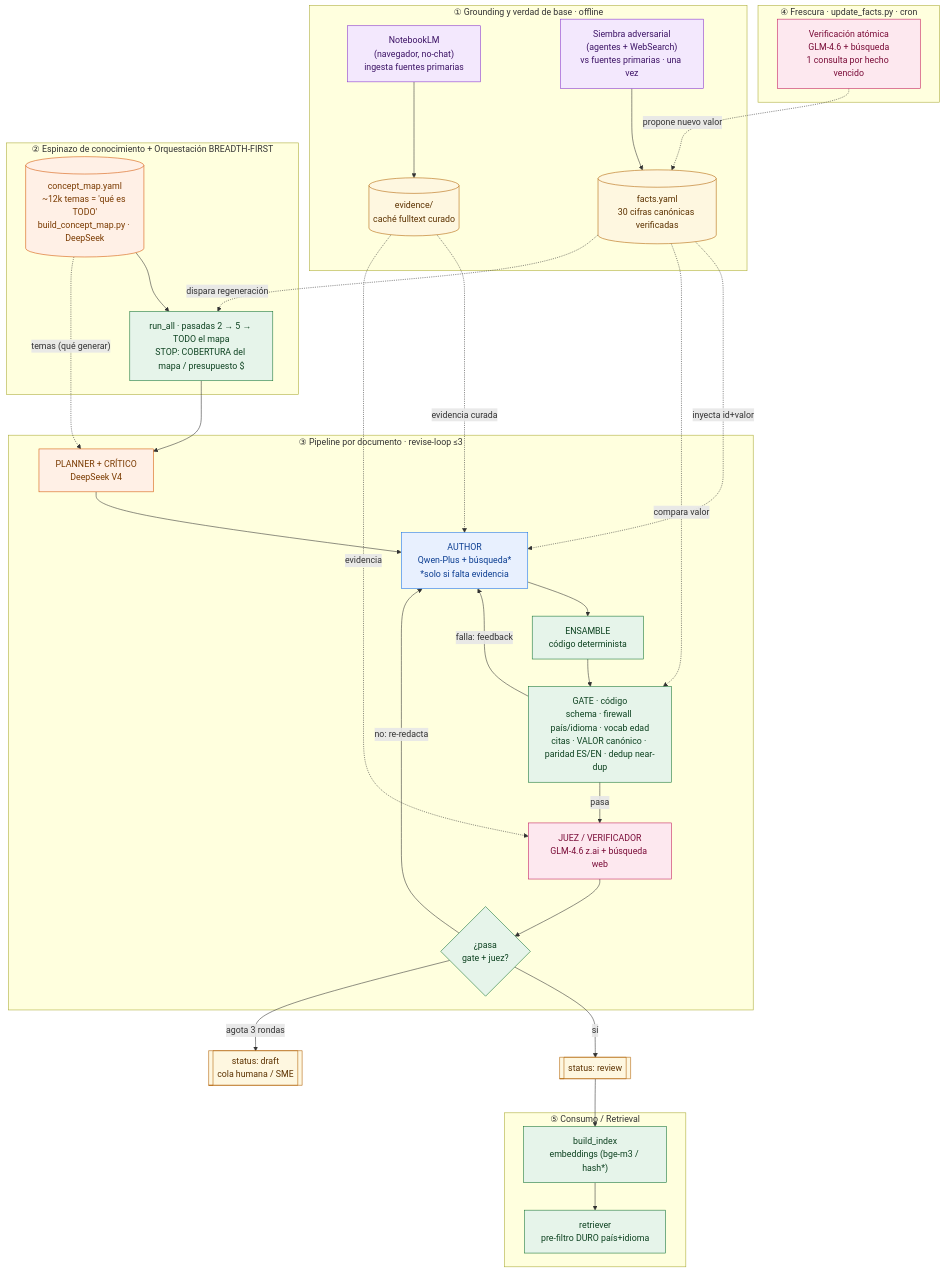
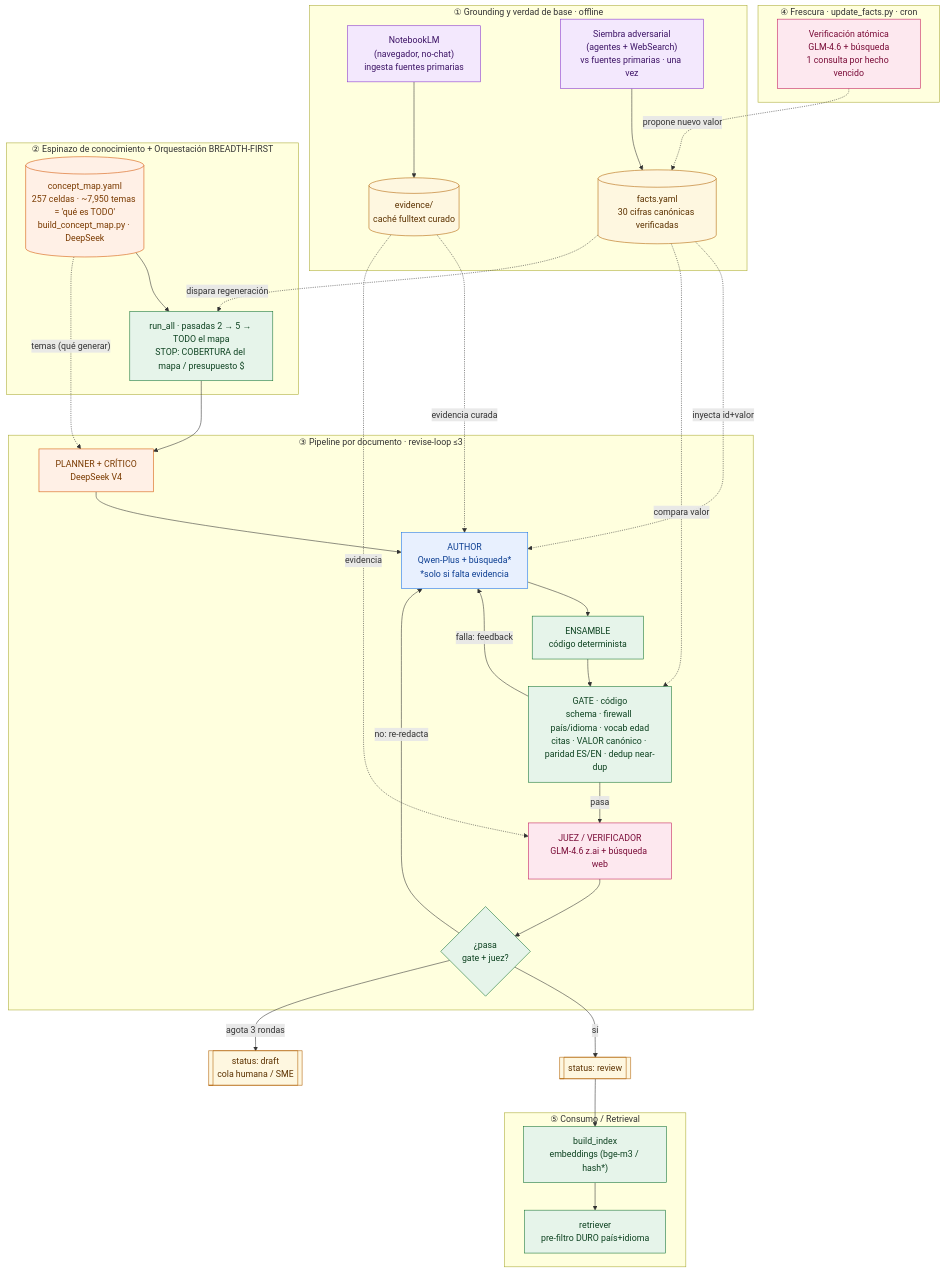
The diagram in littlefounders_brain/rag-llm-brain/ARCHITECTURE_V3.md (jesusvasquezjr3-littlefounders/LITTLEFOUNDERS-AI), drawn with Mermaid before and after one commit. The commit also changed other lines of this file and 7 other files, not shown here.

First line of the commit message:
docs(rag-llm-brain): PIPELINE.md canónico (mermaid, de principio a fin) + sync v3.1 + claim honesto (F)

````diff
--- a/littlefounders_brain/rag-llm-brain/ARCHITECTURE_V3.md
+++ b/littlefounders_brain/rag-llm-brain/ARCHITECTURE_V3.md
@@ -50,61 +57,61 @@
 ```mermaid
 flowchart TD
     classDef qwen fill:#e8f0fe,stroke:#1a73e8,color:#0b3d91;
     classDef glm fill:#fde8ef,stroke:#c2185b,color:#7a0c38;
     classDef code fill:#e6f4ea,stroke:#137333,color:#0d4220;
     classDef data fill:#fef7e0,stroke:#b06000,color:#5c3200;
     classDef ext fill:#f3e8fd,stroke:#8430ce,color:#3d1466;
     classDef deepseek fill:#fff0e6,stroke:#d35400,color:#7a3a00;
 
     subgraph G["① Grounding y verdad de base · offline"]
         NB["NotebookLM<br/>(navegador, no-chat)<br/>ingesta fuentes primarias"]:::ext
         EV[("evidence/<br/>caché fulltext curado")]:::data
         SEED["Siembra adversarial<br/>(agentes + WebSearch)<br/>vs fuentes primarias · una vez"]:::ext
         FACTS[("facts.yaml<br/>30 cifras canónicas verificadas")]:::data
         NB --> EV
         SEED --> FACTS
     end
 
     subgraph O["② Espinazo de conocimiento + Orquestación BREADTH-FIRST"]
-        CMAP[("concept_map.yaml<br/>~12k temas = 'qué es TODO'<br/>build_concept_map.py · DeepSeek")]:::deepseek
+        CMAP[("concept_map.yaml<br/>257 celdas · ~7,950 temas = 'qué es TODO'<br/>build_concept_map.py · DeepSeek")]:::deepseek
         PASS["run_all · pasadas 2 → 5 → TODO el mapa<br/>STOP: COBERTURA del mapa / presupuesto $"]:::code
         CMAP --> PASS
     end
 
     subgraph DOC["③ Pipeline por documento · revise-loop ≤3"]
         PL["PLANNER + CRÍTICO<br/>DeepSeek V4"]:::deepseek
         AU["AUTHOR<br/>Qwen-Plus + búsqueda*<br/>*solo si falta evidencia"]:::qwen
         AS["ENSAMBLE<br/>código determinista"]:::code
         GT["GATE · código<br/>schema · firewall país/idioma · vocab edad<br/>citas · VALOR canónico · paridad ES/EN · dedup near-dup"]:::code
         JU["JUEZ / VERIFICADOR<br/>GLM-4.6 z.ai + búsqueda web"]:::glm
         DEC{"¿pasa<br/>gate + juez?"}:::code
     end
 
     RV[["status: review"]]:::data
     DR[["status: draft<br/>cola humana / SME"]]:::data
 
     subgraph FR["④ Frescura · update_facts.py · cron"]
         UF["Verificación atómica<br/>GLM-4.6 + búsqueda<br/>1 consulta por hecho vencido"]:::glm
     end
 
     subgraph CO["⑤ Consumo / Retrieval"]
         IDX["build_index<br/>embeddings (bge-m3 / hash*)"]:::code
         RET["retriever<br/>pre-filtro DURO país+idioma"]:::code
     end
 
     PASS --> PL --> AU --> AS --> GT
     CMAP -. temas (qué generar) .-> PL
     FACTS -. inyecta id+valor .-> AU
     EV -. evidencia curada .-> AU
     FACTS -. compara valor .-> GT
     GT -->|falla: feedback| AU
     GT -->|pasa| JU
     EV -. evidencia .-> JU
     JU --> DEC
     DEC -->|sí| RV
     DEC -->|no: re-redacta| AU
     DEC -->|agota 3 rondas| DR
     RV --> IDX --> RET
     UF -. propone nuevo valor .-> FACTS
     FACTS -. dispara regeneración .-> PASS
 ```
````
